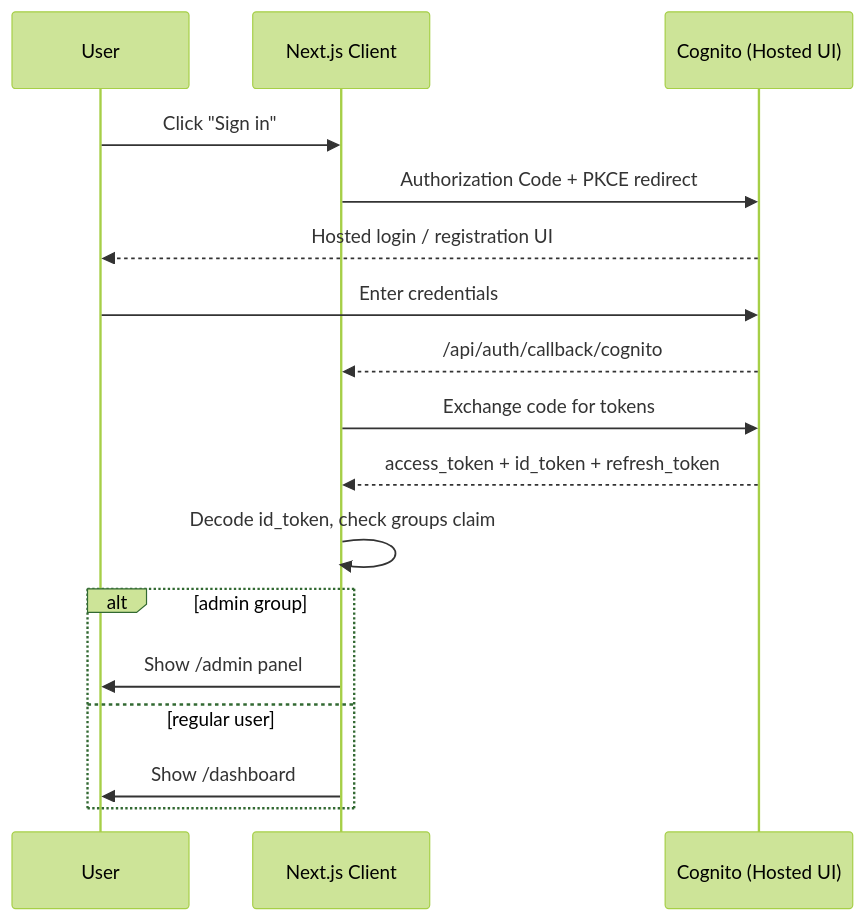
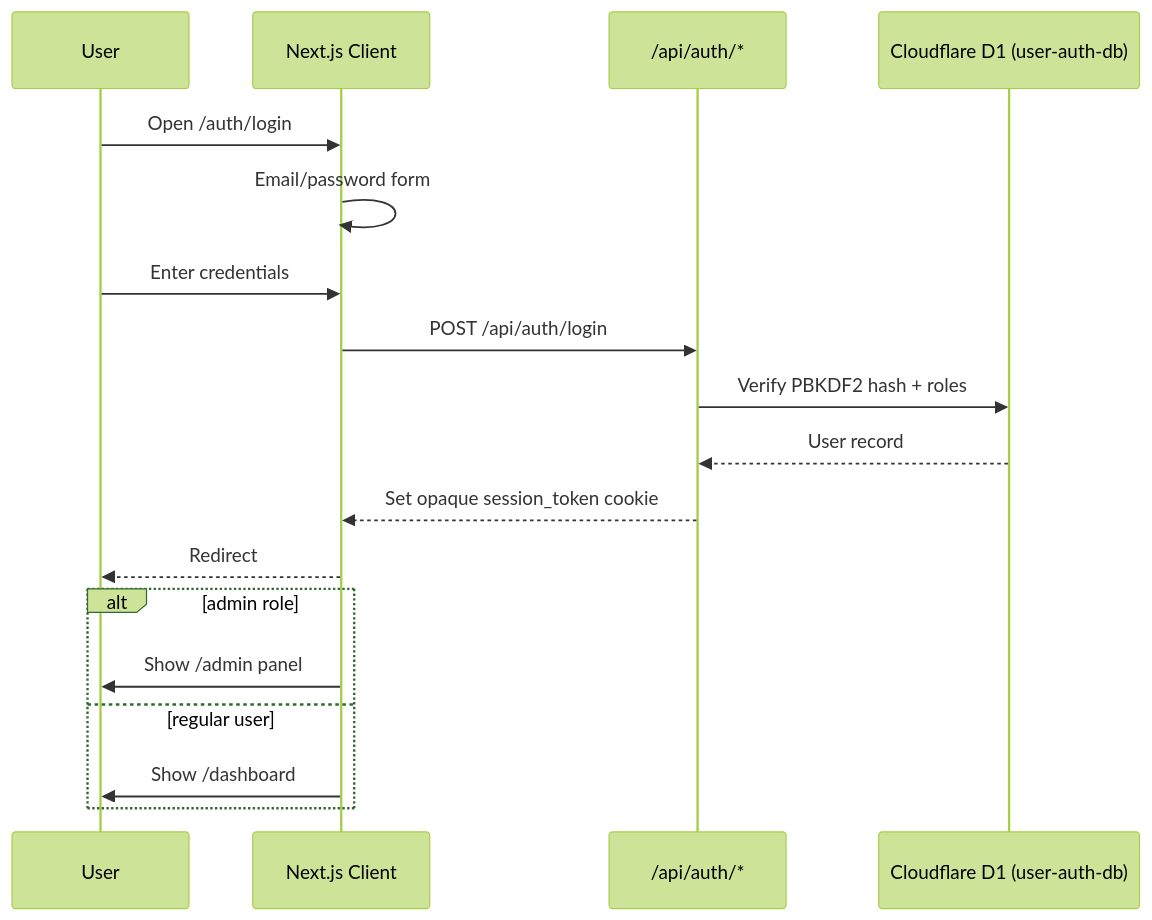
Before and after one commit to Themis128/cloudless.gr: the first of 4 diagrams in AGENTS.md, drawn with Mermaid (forest theme). The commit also changed other lines of this file and 3 other files, not shown here.

````diff
--- a/AGENTS.md
+++ b/AGENTS.md
@@ -200,20 +202,21 @@
 ```mermaid
 sequenceDiagram
     participant U as User
     participant App as Next.js Client
-    participant KC as Cognito (Hosted UI)
+    participant API as /api/auth/*
+    participant D1 as Cloudflare D1 (user-auth-db)
 
-    U->>App: Click "Sign in"
-    App->>KC: Authorization Code + PKCE redirect
-    KC-->>U: Hosted login / registration UI
-    U->>KC: Enter credentials
-    KC-->>App: /api/auth/callback/cognito
-    App->>KC: Exchange code for tokens
-    KC-->>App: access_token + id_token + refresh_token
-    App->>App: Decode id_token, check groups claim
-    alt admin group
+    U->>App: Open /auth/login
+    App->>App: Email/password form
+    U->>App: Enter credentials
+    App->>API: POST /api/auth/login
+    API->>D1: Verify PBKDF2 hash + roles
+    D1-->>API: User record
+    API-->>App: Set opaque session_token cookie
+    App-->>U: Redirect
+    alt admin role
         App->>U: Show /admin panel
     else regular user
         App->>U: Show /dashboard
     end
 ```
````
